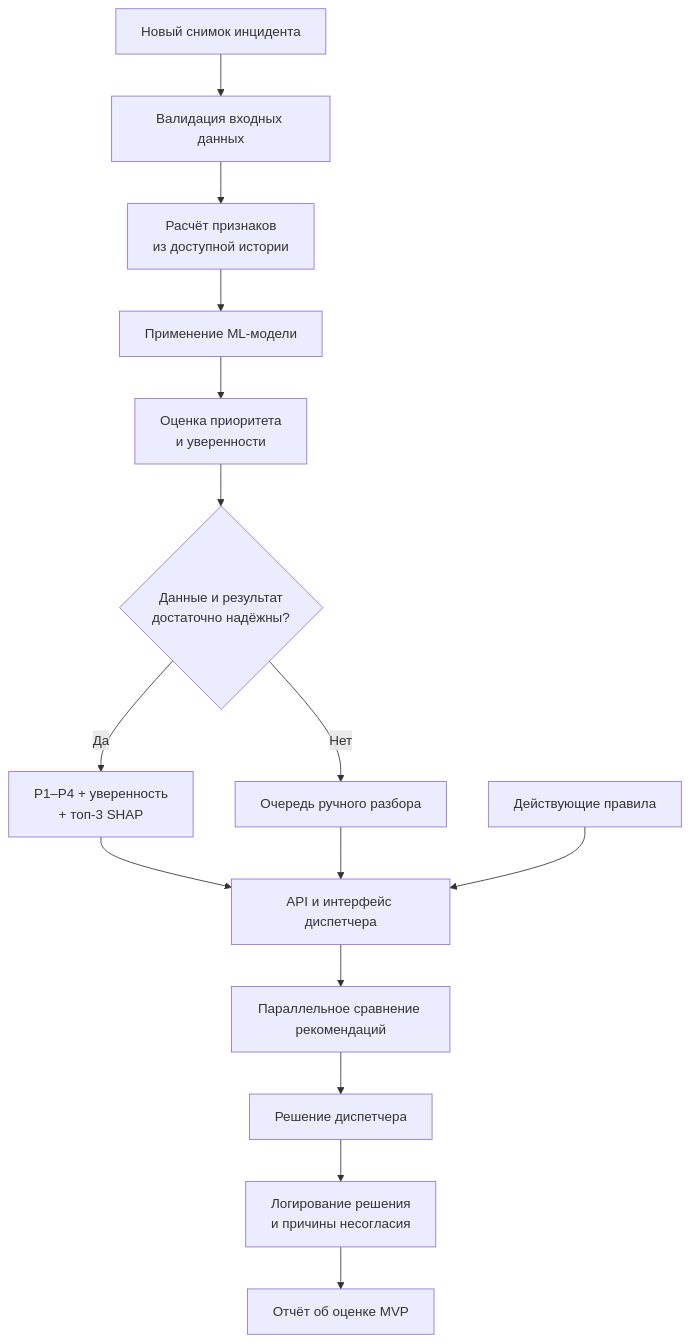
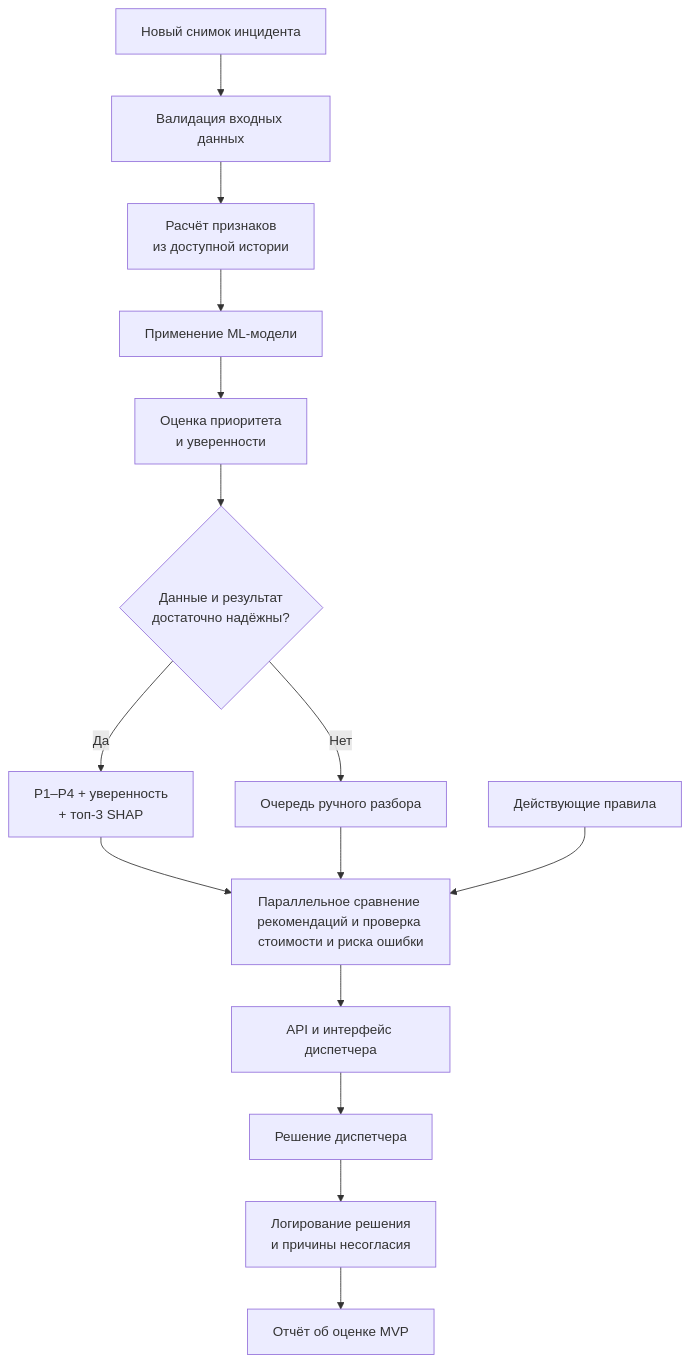
One commit to Alexander-Zadorozhnyy/industrial-event-ranker changed the third of 3 diagrams in docs/ml_system_design_doc.md. Above: the diagram before and after it, drawn with Mermaid. The commit also changed other lines of this file, not shown here.

````diff
--- a/docs/ml_system_design_doc.md
+++ b/docs/ml_system_design_doc.md
@@ -463,17 +458,17 @@
 ```mermaid
 flowchart TD
     A["Новый снимок инцидента"] --> B["Валидация входных данных"]
     B --> C["Расчёт признаков\nиз доступной истории"]
     C --> D["Применение ML-модели"]
     D --> E["Оценка приоритета\nи уверенности"]
     E --> F{"Данные и результат\nдостаточно надёжны?"}
     F -->|"Да"| G["P1–P4 + уверенность\n+ топ-3 SHAP"]
     F -->|"Нет"| H["Очередь ручного разбора"]
-    G --> I["API и интерфейс диспетчера"]
+    G --> I["Параллельное сравнение рекомендаций и проверка стоимости и риска ошибки"]
     H --> I
     R["Действующие правила"] --> I
-    I --> J["Параллельное сравнение рекомендаций"]
+    I --> J["API и интерфейс диспетчера"]
     J --> K["Решение диспетчера"]
     K --> L["Логирование решения\nи причины несогласия"]
     L --> M["Отчёт об оценке MVP"]
 ```
````
